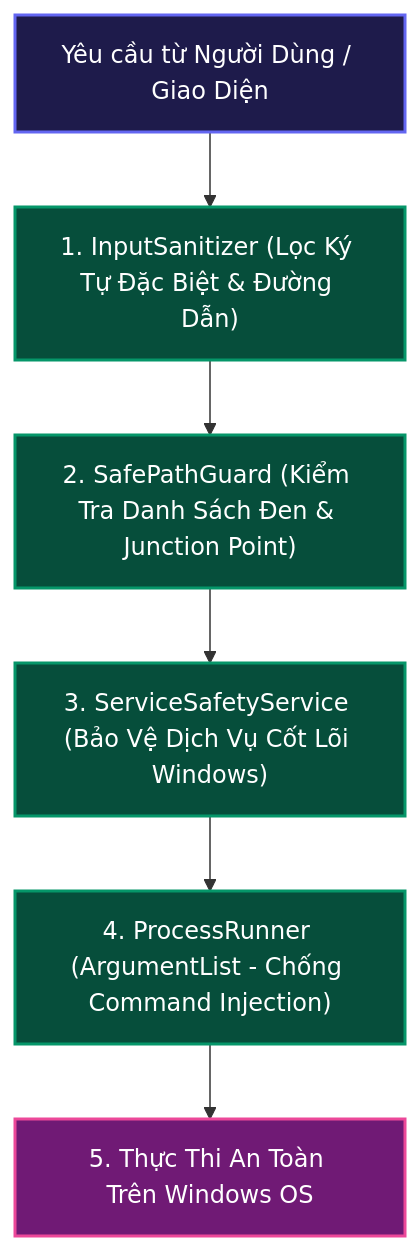
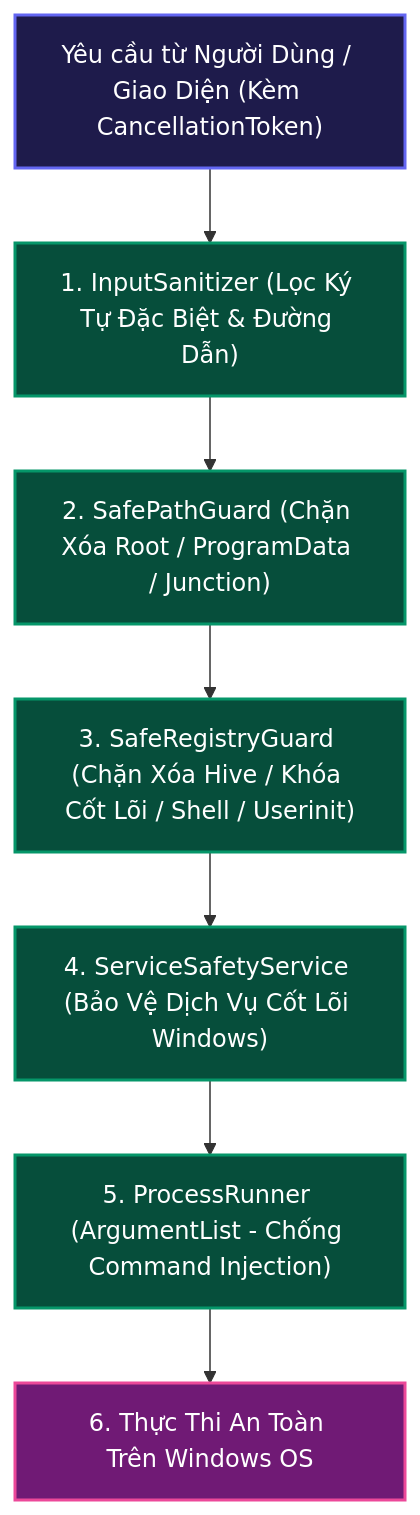
Before and after one commit to Nguyen-Trung-Tien/WinCarePro: the diagram in docs/05_SECURITY_AND_SAFETY_ARCHITECTURE.md, drawn with Mermaid. The commit also changed other lines of this file and 36 other files, not shown here.

````diff
--- a/docs/05_SECURITY_AND_SAFETY_ARCHITECTURE.md
+++ b/docs/05_SECURITY_AND_SAFETY_ARCHITECTURE.md
@@ -11,20 +11,22 @@
 ```mermaid
 graph TD
     classDef safe fill:#064e3b,stroke:#059669,stroke-width:2px,color:#fff;
     classDef input fill:#1e1b4b,stroke:#6366f1,stroke-width:2px,color:#fff;
     classDef core fill:#451a03,stroke:#d97706,stroke-width:2px,color:#fff;
     classDef os fill:#701a75,stroke:#ec4899,stroke-width:2px,color:#fff;
 
-    Input["Yêu cầu từ Người Dùng / Giao Diện"]:::input
+    Input["Yêu cầu từ Người Dùng / Giao Diện (Kèm CancellationToken)"]:::input
     Sanitizer["1. InputSanitizer (Lọc Ký Tự Đặc Biệt & Đường Dẫn)"]:::safe
-    SafeGuard["2. SafePathGuard (Kiểm Tra Danh Sách Đen & Junction Point)"]:::safe
-    SvcSafety["3. ServiceSafetyService (Bảo Vệ Dịch Vụ Cốt Lõi Windows)"]:::safe
-    Runner["4. ProcessRunner (ArgumentList - Chống Command Injection)"]:::safe
-    OS["5. Thực Thi An Toàn Trên Windows OS"]:::os
+    SafeGuard["2. SafePathGuard (Chặn Xóa Root / ProgramData / Junction)"]:::safe
+    SafeReg["3. SafeRegistryGuard (Chặn Xóa Hive / Khóa Cốt Lõi / Shell / Userinit)"]:::safe
+    SvcSafety["4. ServiceSafetyService (Bảo Vệ Dịch Vụ Cốt Lõi Windows)"]:::safe
+    Runner["5. ProcessRunner (ArgumentList - Chống Command Injection)"]:::safe
+    OS["6. Thực Thi An Toàn Trên Windows OS"]:::os
 
     Input --> Sanitizer
     Sanitizer --> SafeGuard
-    SafeGuard --> SvcSafety
+    SafeGuard --> SafeReg
+    SafeReg --> SvcSafety
     SvcSafety --> Runner
     Runner --> OS
 ```
````
